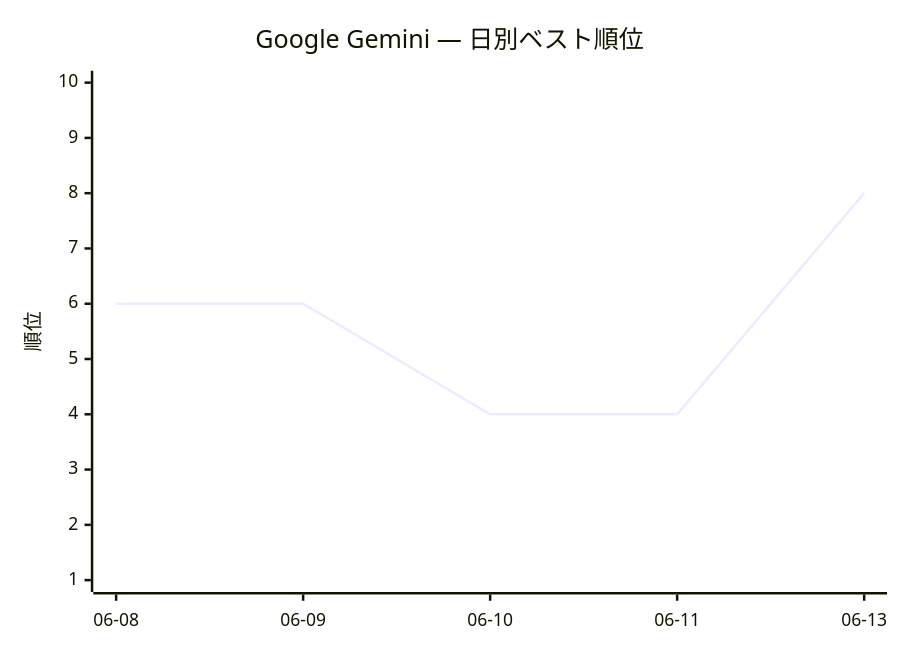
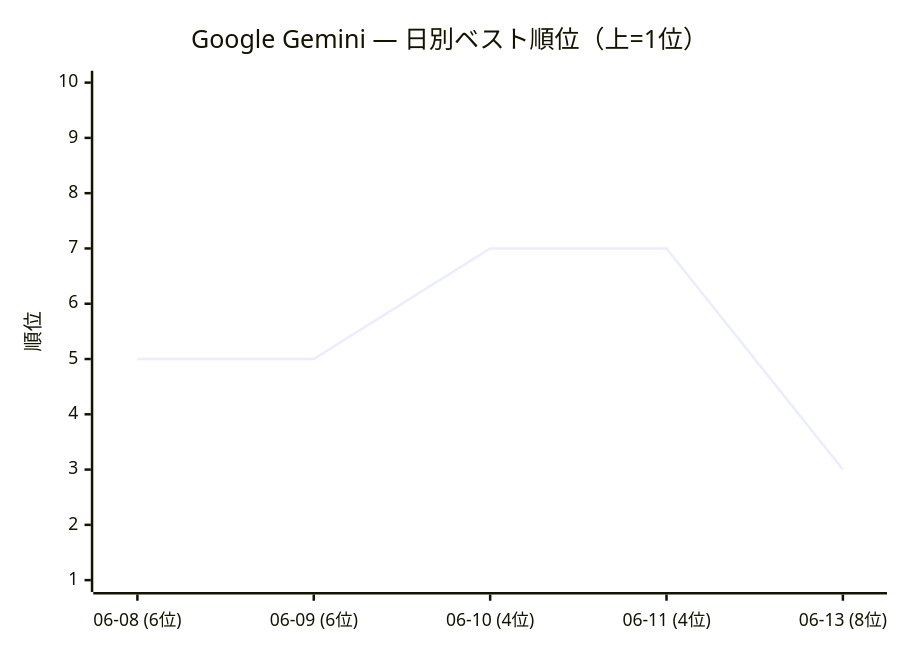
The third of 6 diagrams in docs/summaries/weekly/2026-W24.md (rushhirosan/trend-dashboard), drawn with Mermaid before and after one commit. The commit also changed other lines of this file and 2 other files, not shown here.

````diff
--- a/docs/summaries/weekly/2026-W24.md
+++ b/docs/summaries/weekly/2026-W24.md
@@ -95,7 +95,7 @@
 ```mermaid
 xychart-beta
-    title "Google Gemini — 日別ベスト順位"
-    x-axis ["06-08", "06-09", "06-10", "06-11", "06-13"]
+    title "Google Gemini — 日別ベスト順位（上=1位）"
+    x-axis ["06-08 (6位)", "06-09 (6位)", "06-10 (4位)", "06-11 (4位)", "06-13 (8位)"]
     y-axis "順位" 1 --> 10
-    line [6, 6, 4, 4, 8]
+    line [5, 5, 7, 7, 3]
 ```
````
